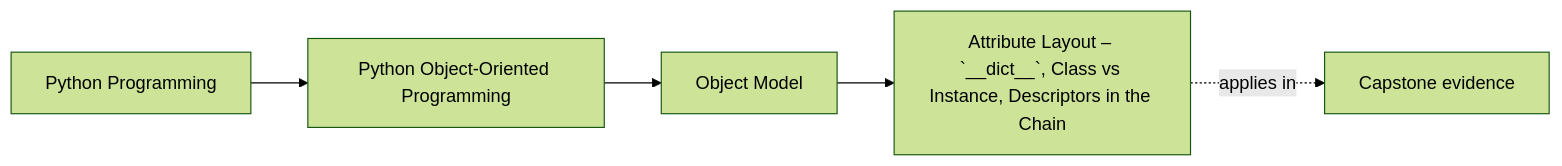
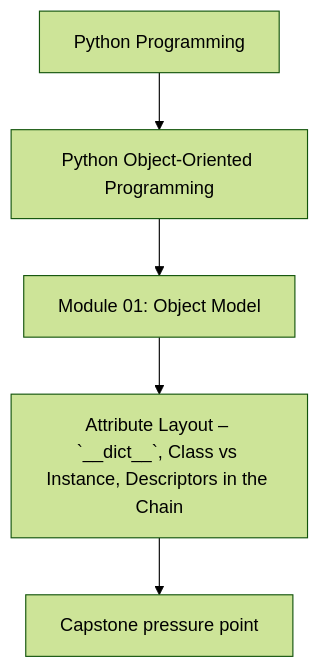
One commit to bijux/bijux-masterclass changed the first of 2 diagrams in programs/python-programming/python-object-oriented-programming/course-book/module-01-object-model/attribute-layout-class-and-instance-state.md. Above: the diagram before and after it, drawn with Mermaid (forest theme). The commit also changed other lines of this file and 107 other files, not shown here.

Commit message:
docs(python-object-oriented-programming): align concept page diagrams

````diff
--- a/programs/python-programming/python-object-oriented-programming/course-book/module-01-object-model/attribute-layout-class-and-instance-state.md
+++ b/programs/python-programming/python-object-oriented-programming/course-book/module-01-object-model/attribute-layout-class-and-instance-state.md
@@ -7,11 +7,7 @@
 ```mermaid
-graph LR
-  family["Python Programming"]
-  program["Python Object-Oriented Programming"]
-  section["Object Model"]
-  page["Attribute Layout – `__dict__`, Class vs Instance, Descriptors in the Chain"]
-  capstone["Capstone evidence"]
-
-  family --> program --> section --> page
-  page -.applies in.-> capstone
+flowchart TD
+  family["Python Programming"] --> program["Python Object-Oriented Programming"]
+  program --> module["Module 01: Object Model"]
+  module --> concept["Attribute Layout – `__dict__`, Class vs Instance, Descriptors in the Chain"]
+  concept --> capstone["Capstone pressure point"]
 ```
````
